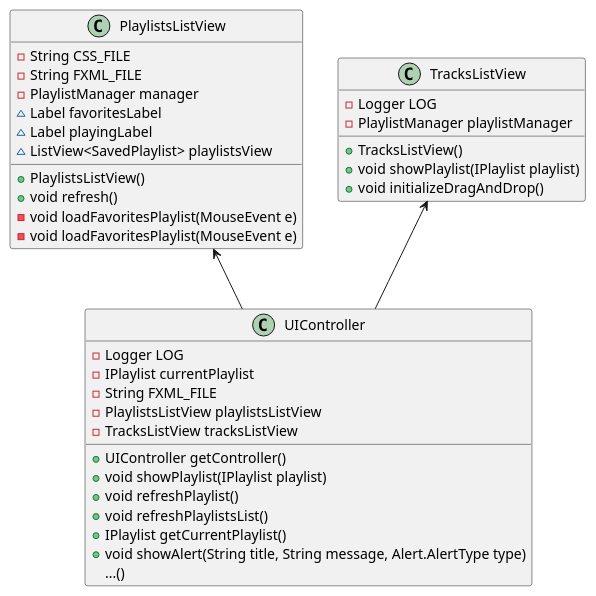
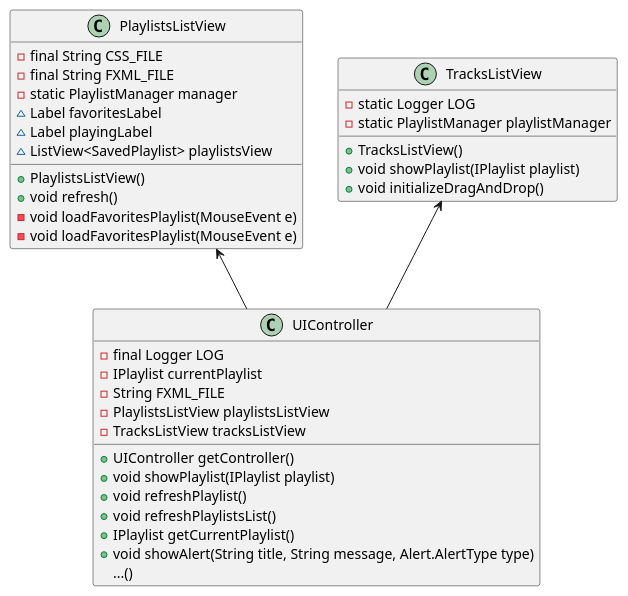
Before and after one commit to heig-vd-pro2017/projet: the diagram in doc/PRO/Diagramme_UMLs/ui.puml, drawn with PlantUML. The commit also changed 1 other file, not shown here.

Commit message:
diagramm projet commusica

```diff
--- a/doc/PRO/Diagramme_UMLs/ui.puml
+++ b/doc/PRO/Diagramme_UMLs/ui.puml
@@ -1,45 +1,45 @@
 @startuml
 
 
 class PlaylistsListView{
--String CSS_FILE
--String FXML_FILE
--PlaylistManager manager
+-final String CSS_FILE
+-final String FXML_FILE
+-static PlaylistManager manager
 ~Label favoritesLabel
 ~Label playingLabel
 ~ListView<SavedPlaylist> playlistsView
 + PlaylistsListView()
 +void refresh()
 -void loadFavoritesPlaylist(MouseEvent e)
 -void loadFavoritesPlaylist(MouseEvent e)
 }
 
 
 class UIController{
--Logger LOG
+-final Logger LOG
 -IPlaylist currentPlaylist
 -String FXML_FILE
 -PlaylistsListView playlistsListView
 -TracksListView tracksListView
 +UIController getController()
 +void showPlaylist(IPlaylist playlist)
 +void refreshPlaylist()
 +void refreshPlaylistsList()
 +IPlaylist getCurrentPlaylist()
 +void showAlert(String title, String message, Alert.AlertType type)
 ...()
 }
 
 class TracksListView{
-- Logger LOG
-- PlaylistManager playlistManager
+- static Logger LOG
+- static PlaylistManager playlistManager
 
 
 + TracksListView()
 +void showPlaylist(IPlaylist playlist)
 +void initializeDragAndDrop()
 }
  TracksListView <-- UIController
  PlaylistsListView <-- UIController
 
 @enduml
```
